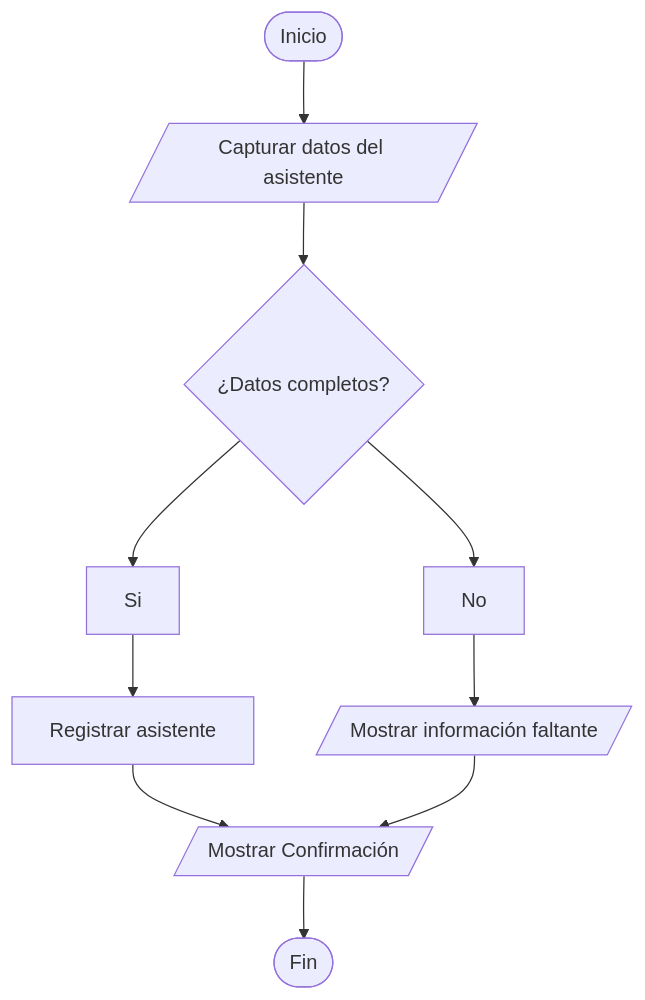
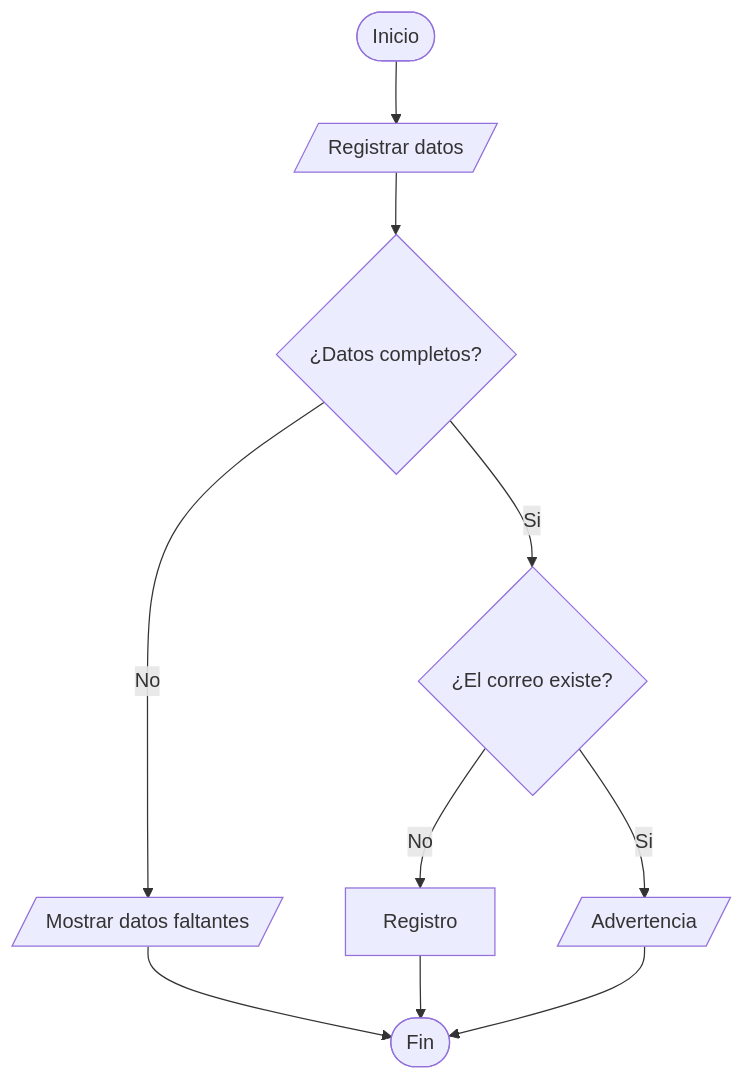
One commit to Gowrgie/SEConference changed the diagram in diagramas/Diagrama_flujo.md. Above: the diagram before and after it, drawn with Mermaid.

Commit message:
docs: Diagrama de flujo

````diff
--- a/diagramas/Diagrama_flujo.md
+++ b/diagramas/Diagrama_flujo.md
@@ -1,10 +1,12 @@
 ```mermaid
 flowchart TB
-    A([Inicio])--> B[/Capturar datos del asistente/]
+    A([Inicio])--> B[/Registrar datos/]
     B-->C{¿Datos completos?}
-    C-->s1[Si]-->D[Registrar asistente]
-    D-->E[/Mostrar Confirmación/]
-    C-->s2[No]-->F[/Mostrar información faltante/]
+    C-->|Si| D{¿El correo existe?}
+    D-->|Si| H[/Advertencia/]
+    D-->|No| E[Registro]
+    C-->|No| F[/Mostrar datos faltantes/]
+    F-->G
     E-->G([Fin])
-    F-->E
+    H-->G
 ```
````
